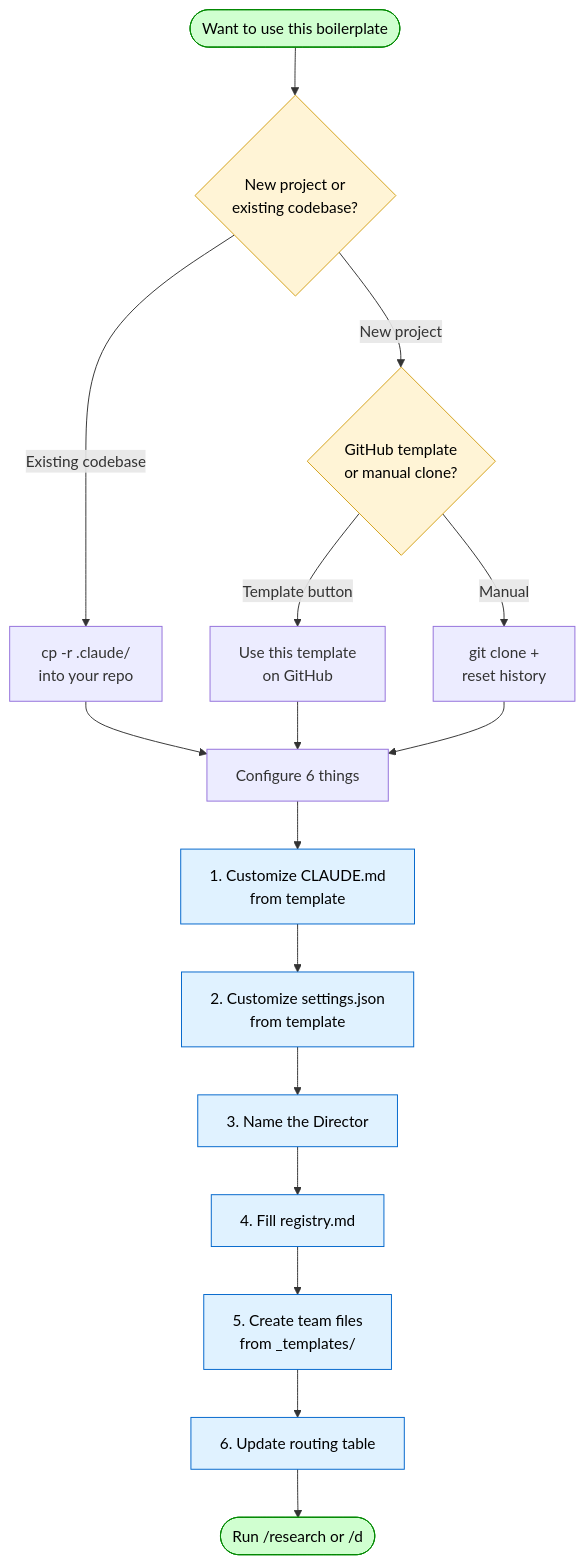
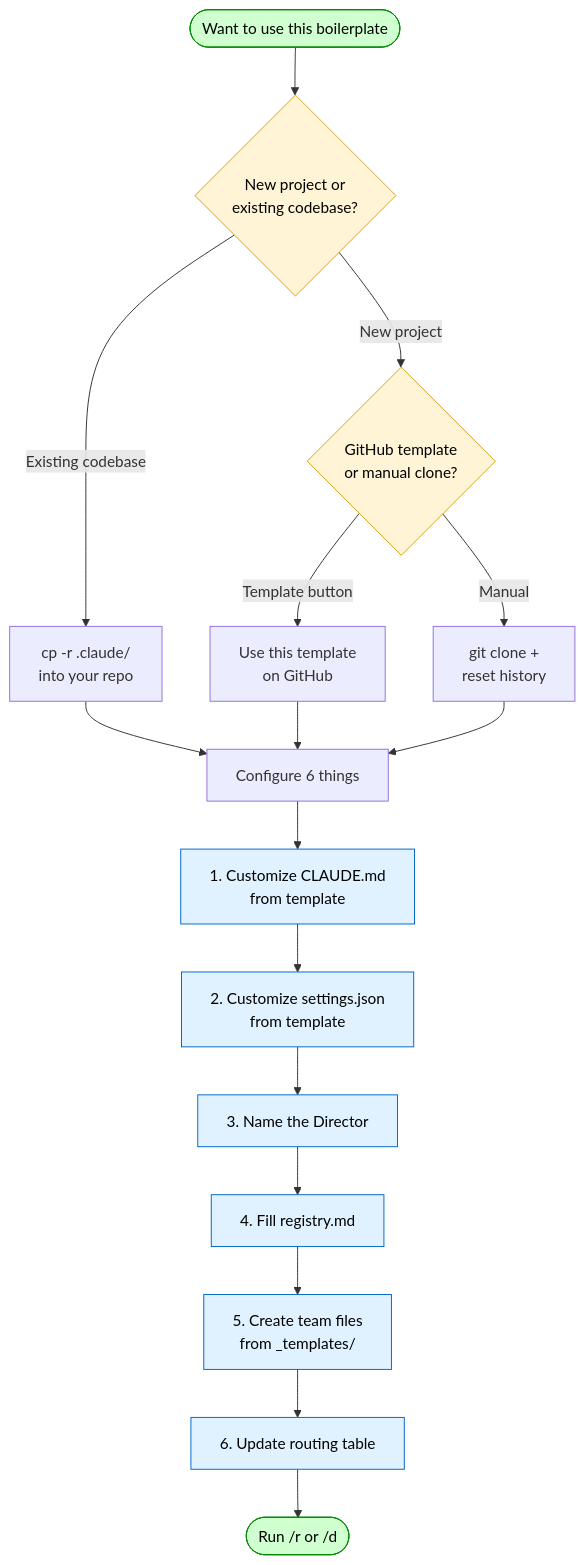
The third of 3 diagrams in README.md (loschenbd/claude-agent-boilerplate), drawn with Mermaid before and after one commit. The commit also changed other lines of this file and 7 other files, not shown here.

````diff
--- a/README.md
+++ b/README.md
@@ -143,27 +143,27 @@
 ```mermaid
 flowchart TD
     Start([Want to use this boilerplate])
     Start --> Choice{New project or<br/>existing codebase?}
     Choice -->|Existing codebase| Existing["cp -r .claude/<br/>into your repo"]
     Choice -->|New project| NewChoice{GitHub template<br/>or manual clone?}
     NewChoice -->|Template button| GH["Use this template<br/>on GitHub"]
     NewChoice -->|Manual| Manual[git clone +<br/>reset history]
     Existing --> Config[Configure 6 things]
     GH --> Config
     Manual --> Config
     Config --> C1[1. Customize CLAUDE.md<br/>from template]
     C1 --> C2[2. Customize settings.json<br/>from template]
     C2 --> C3[3. Name the Director]
     C3 --> C4[4. Fill registry.md]
     C4 --> C5[5. Create team files<br/>from _templates/]
     C5 --> C6[6. Update routing table]
-    C6 --> Ready([Run /research or /d])
+    C6 --> Ready([Run /r or /d])
 
     classDef terminal fill:#d0ffd0,stroke:#008800,color:#000
     classDef choice fill:#fff4d6,stroke:#d4a017,color:#000
     classDef config fill:#e0f2ff,stroke:#0066cc,color:#000
 
     class Start,Ready terminal
     class Choice,NewChoice choice
     class C1,C2,C3,C4,C5,C6 config
 ```
````
